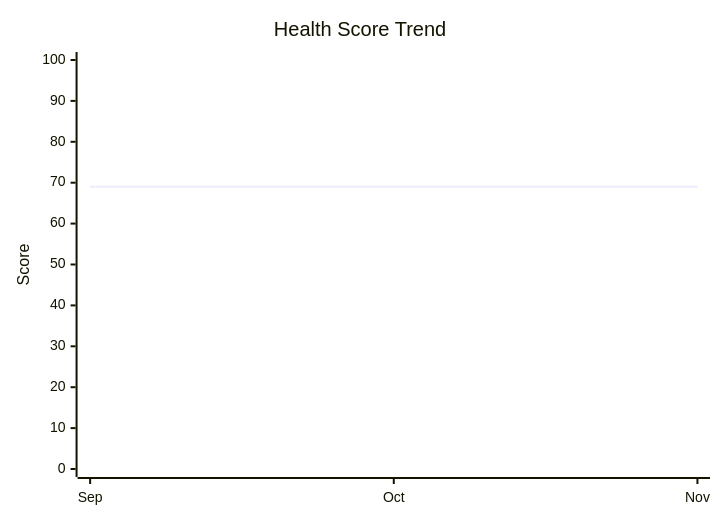
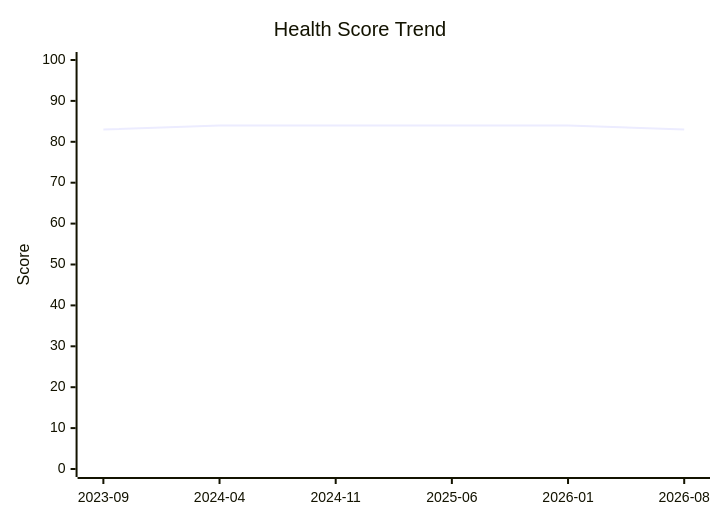
Before and after one commit to panbanda/omen: the second of 3 diagrams in examples/repos/discourse-discourse.md, drawn with Mermaid. The commit also changed other lines of this file and 5 other files, not shown here.

````diff
--- a/examples/repos/discourse-discourse.md
+++ b/examples/repos/discourse-discourse.md
@@ -238,7 +269,7 @@
 ```mermaid
 xychart-beta
     title "Health Score Trend"
-    x-axis ["Sep", "Oct", "Nov"]
+    x-axis ["2023-09", "2024-04", "2024-11", "2025-06", "2026-01", "2026-08"]
     y-axis "Score" 0 --> 100
-    line [69, 69, 69]
+    line [83, 84, 84, 84, 84, 83]
 ```
````
